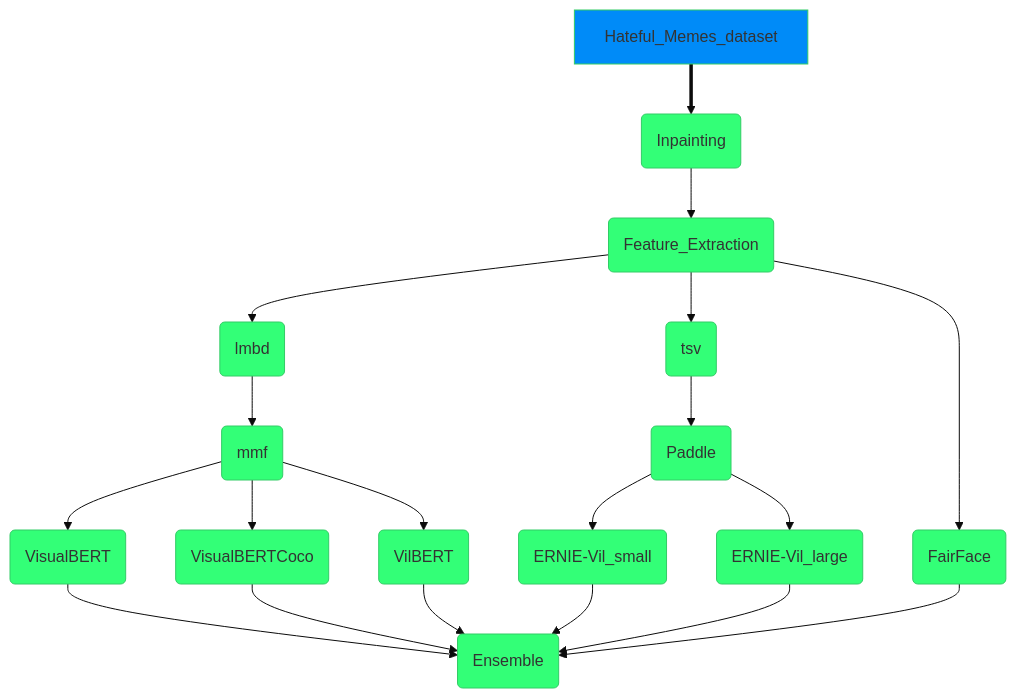
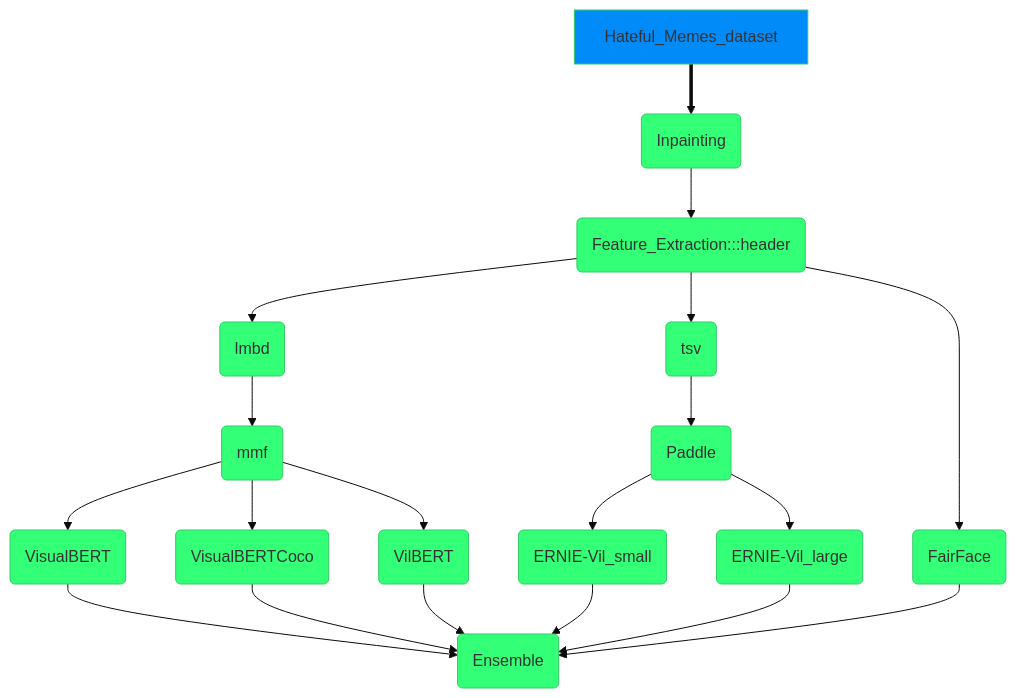
One commit to JanLeyva/approach_TFM changed the diagram in README.md. Above: the diagram before and after it, drawn with Mermaid. The commit also changed 1 other file, not shown here.

````diff
--- a/README.md
+++ b/README.md
@@ -8,26 +8,26 @@
 ```mermaid
 %%{init: {'theme': 'base', 'themeVariables': { 'primaryColor': '#33FF77', 
 'edgeLabelBackground':'#030600', 'secondaryColor': '#050600','tertiaryColor': '#33CAFF',
 'defaultLinkColor': '#000605'}}}%%
   graph TD;
       Hateful_Memes_dataset:::header==>B(Inpainting);
-      B-->C(Feature_Extraction)
+      B-->C(Feature_Extraction:::header)
       C-->D(lmbd);
       C-->E(tsv);
       C-->N(FairFace);
       E-->F(Paddle);
       F-->G(ERNIE-Vil_small);
       F-->M(ERNIE-Vil_large);
       D-->H(mmf);
       H-->I(VisualBERT);
       H-->J(VisualBERTCoco);
       H-->K(VilBERT);
       I-->L(Ensemble);
       J-->L;
       K-->L;
       G-->L;
       M-->L;
       N-->L;
       
       classDef header fill:#008BF8;
 ```
````
